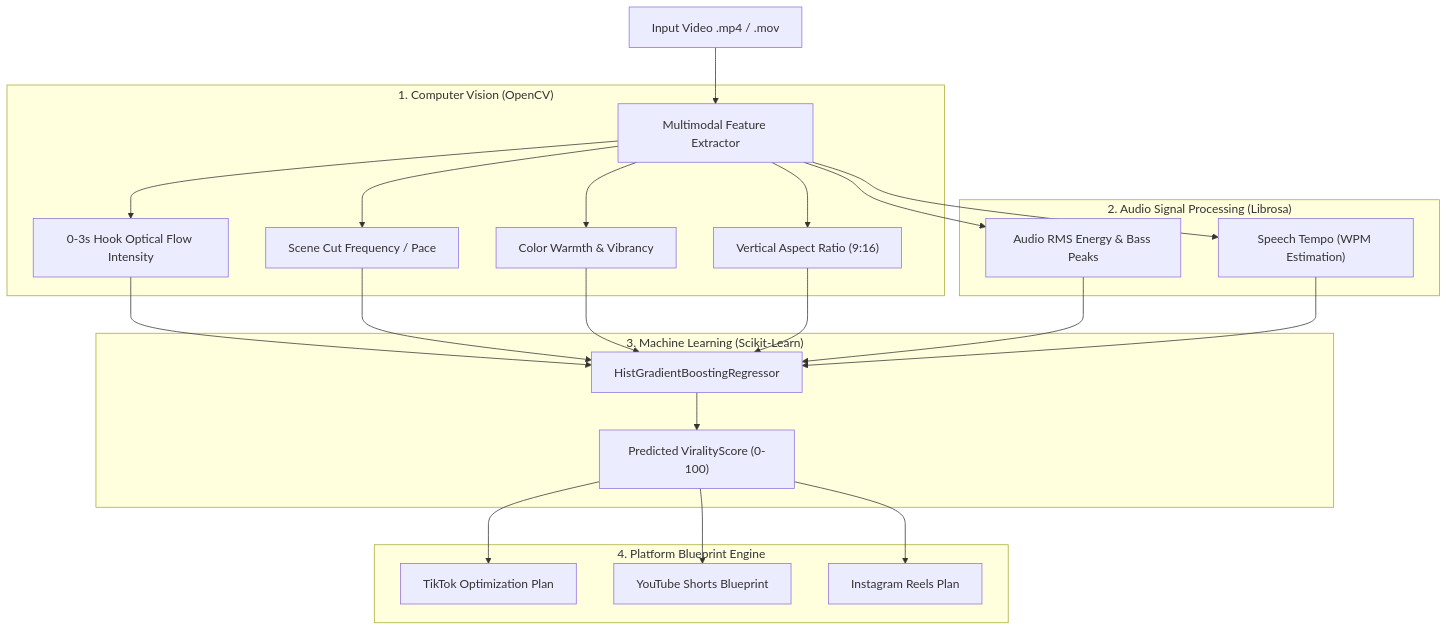
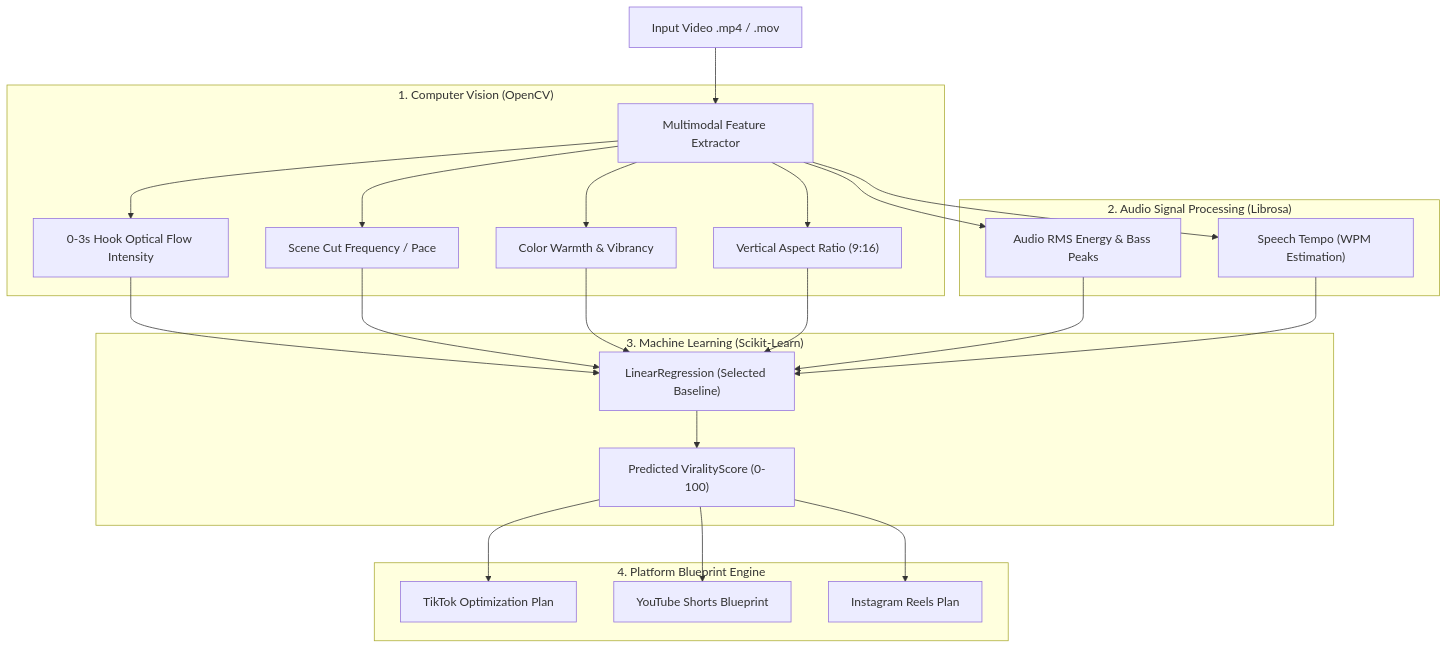
Before and after one commit to 123angmish/ai-virality-predictor: the diagram in README.md, drawn with Mermaid. The commit also changed other lines of this file and 21 other files, not shown here.

Commit message:
fix(ml): select LinearRegression baseline, ground benchmark documentation, clean requirements, and fix CI

````diff
--- a/README.md
+++ b/README.md
@@ -25,32 +25,32 @@
 ```mermaid
 graph TD
     Video[Input Video .mp4 / .mov] --> Extractor[Multimodal Feature Extractor]
     
     subgraph CV ["1. Computer Vision (OpenCV)"]
         Extractor --> Hook["0-3s Hook Optical Flow Intensity"]
         Extractor --> Cuts["Scene Cut Frequency / Pace"]
         Extractor --> Color["Color Warmth & Vibrancy"]
         Extractor --> Aspect["Vertical Aspect Ratio (9:16)"]
     end
     
     subgraph AUDIO ["2. Audio Signal Processing (Librosa)"]
         Extractor --> RMS["Audio RMS Energy & Bass Peaks"]
         Extractor --> Speech["Speech Tempo (WPM Estimation)"]
     end
     
     subgraph ML ["3. Machine Learning (Scikit-Learn)"]
-        Hook --> Model["HistGradientBoostingRegressor"]
+        Hook --> Model["LinearRegression (Selected Baseline)"]
         Cuts --> Model
         Color --> Model
         Aspect --> Model
         RMS --> Model
         Speech --> Model
         Model --> Score["Predicted ViralityScore (0-100)"]
     end
     
     subgraph RULES ["4. Platform Blueprint Engine"]
         Score --> TikTok["TikTok Optimization Plan"]
         Score --> Shorts["YouTube Shorts Blueprint"]
         Score --> Reels["Instagram Reels Plan"]
     end
 ```
````
